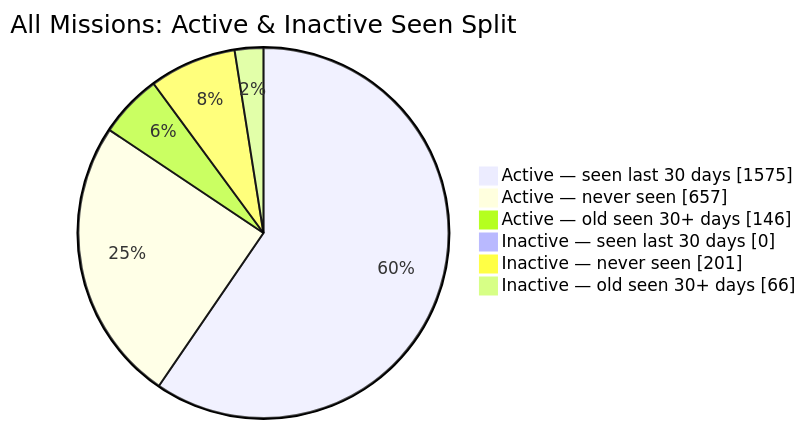
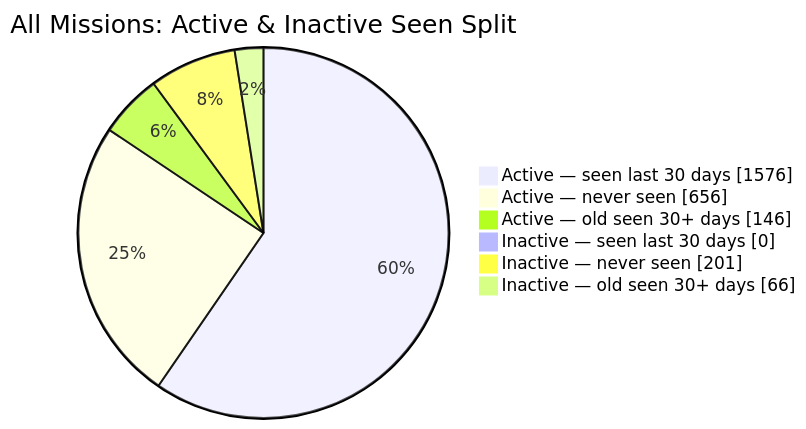
One commit to MeldkamerspelGameTeam/active-missions changed the second of 2 diagrams in README.md. Above: the diagram before and after it, drawn with Mermaid. The commit also changed other lines of this file and 2 other files, not shown here.

````diff
--- a/README.md
+++ b/README.md
@@ -44,10 +44,10 @@
 ```mermaid
 pie showData
     title All Missions: Active & Inactive Seen Split
-    "Active — seen last 30 days" : 1575
-    "Active — never seen" : 657
+    "Active — seen last 30 days" : 1576
+    "Active — never seen" : 656
     "Active — old seen 30+ days" : 146
     "Inactive — seen last 30 days" : 0
     "Inactive — never seen" : 201
     "Inactive — old seen 30+ days" : 66
 ```
````
